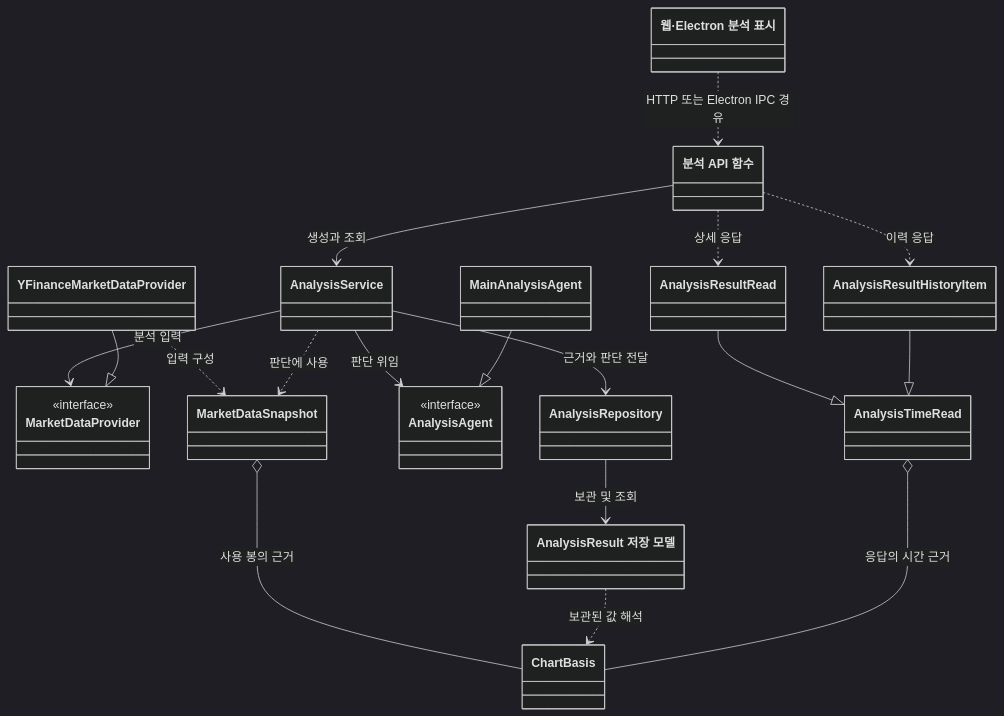
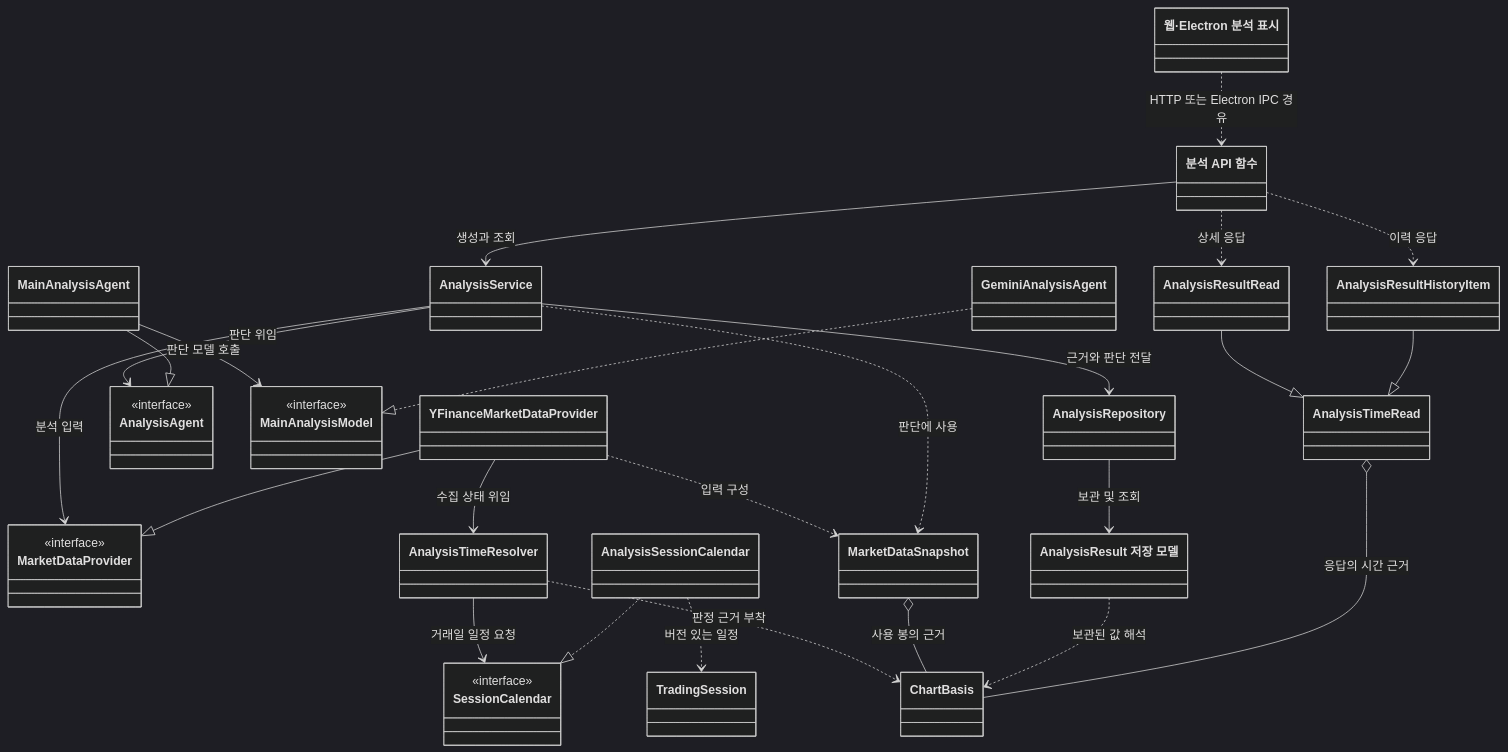
Before and after one commit to PhilPark-geosr/stock-agent: the fifth of 8 diagrams in design/analysis_time_basis_design.md, drawn with Mermaid (dark theme). The commit also changed other lines of this file and 16 other files, not shown here.

````diff
--- a/design/analysis_time_basis_design.md
+++ b/design/analysis_time_basis_design.md
@@ -141,38 +183,55 @@
 ```mermaid
 classDiagram
     class Routes["분석 API 함수"]
     class MarketDataProvider {
         <<interface>>
     }
     class YFinanceMarketDataProvider
+    class AnalysisTimeResolver
+    class SessionCalendar {
+        <<interface>>
+    }
+    class AnalysisSessionCalendar
+    class TradingSession
     class MarketDataSnapshot
     class AnalysisAgent {
         <<interface>>
     }
     class MainAnalysisAgent
+    class MainAnalysisModel {
+        <<interface>>
+    }
+    class GeminiAnalysisAgent
     class AnalysisService
     class AnalysisRepository
     class StoredAnalysisResult["AnalysisResult 저장 모델"]
     class AnalysisTimeRead
     class AnalysisResultRead
     class AnalysisResultHistoryItem
     class ChartBasis
     class AnalysisView["웹·Electron 분석 표시"]
     AnalysisView ..> Routes : HTTP 또는 Electron IPC 경유
     Routes --> AnalysisService : 생성과 조회
     AnalysisService --> MarketDataProvider : 분석 입력
     YFinanceMarketDataProvider --|> MarketDataProvider
     YFinanceMarketDataProvider ..> MarketDataSnapshot : 입력 구성
+    YFinanceMarketDataProvider --> AnalysisTimeResolver : 수집 상태 위임
+    AnalysisTimeResolver --> SessionCalendar : 거래일 일정 요청
+    AnalysisSessionCalendar ..|> SessionCalendar
+    AnalysisSessionCalendar ..> TradingSession : 버전 있는 일정
+    AnalysisTimeResolver ..> ChartBasis : 판정 근거 부착
     MarketDataSnapshot o-- ChartBasis : 사용 봉의 근거
     AnalysisService ..> MarketDataSnapshot : 판단에 사용
     AnalysisService --> AnalysisAgent : 판단 위임
     MainAnalysisAgent --|> AnalysisAgent
+    MainAnalysisAgent --> MainAnalysisModel : 판단 모델 호출
+    GeminiAnalysisAgent ..|> MainAnalysisModel
     AnalysisService --> AnalysisRepository : 근거와 판단 전달
     AnalysisRepository --> StoredAnalysisResult : 보관 및 조회
     StoredAnalysisResult ..> ChartBasis : 보관된 값 해석
     Routes ..> AnalysisResultRead : 상세 응답
     Routes ..> AnalysisResultHistoryItem : 이력 응답
     AnalysisResultRead --|> AnalysisTimeRead
     AnalysisResultHistoryItem --|> AnalysisTimeRead
     AnalysisTimeRead o-- ChartBasis : 응답의 시간 근거
 ```
````
